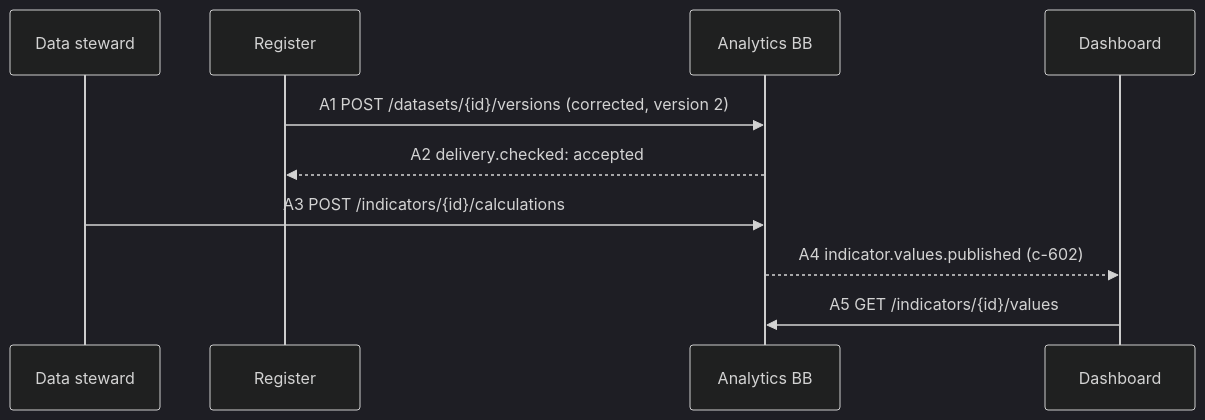
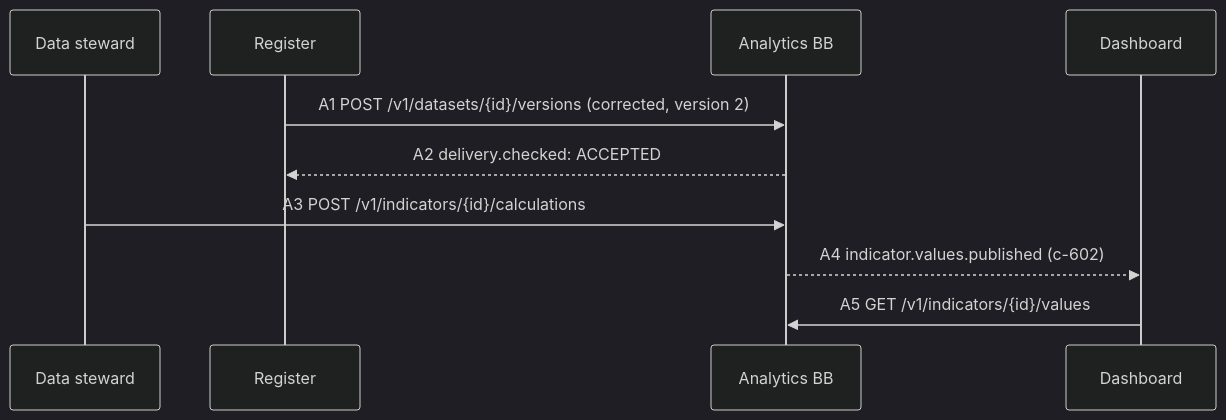
The third of 4 diagrams in spec/9-workflows.md (GovStackWorkingGroup/bb-analytics), drawn with Mermaid (dark theme) before and after one commit. The commit also changed other lines of this file and 23 other files, not shown here.

````diff
--- a/spec/9-workflows.md
+++ b/spec/9-workflows.md
@@ -320,12 +327,12 @@
 ```mermaid
 sequenceDiagram
     participant DS as Data steward
     participant R as Register
     participant A as Analytics BB
     participant D as Dashboard
-    R->>A: A1 POST /datasets/{id}/versions (corrected, version 2)
-    A-->>R: A2 delivery.checked: accepted
-    DS->>A: A3 POST /indicators/{id}/calculations
+    R->>A: A1 POST /v1/datasets/{id}/versions (corrected, version 2)
+    A-->>R: A2 delivery.checked: ACCEPTED
+    DS->>A: A3 POST /v1/indicators/{id}/calculations
     A-->>D: A4 indicator.values.published (c-602)
-    D->>A: A5 GET /indicators/{id}/values
+    D->>A: A5 GET /v1/indicators/{id}/values
 ```
````
